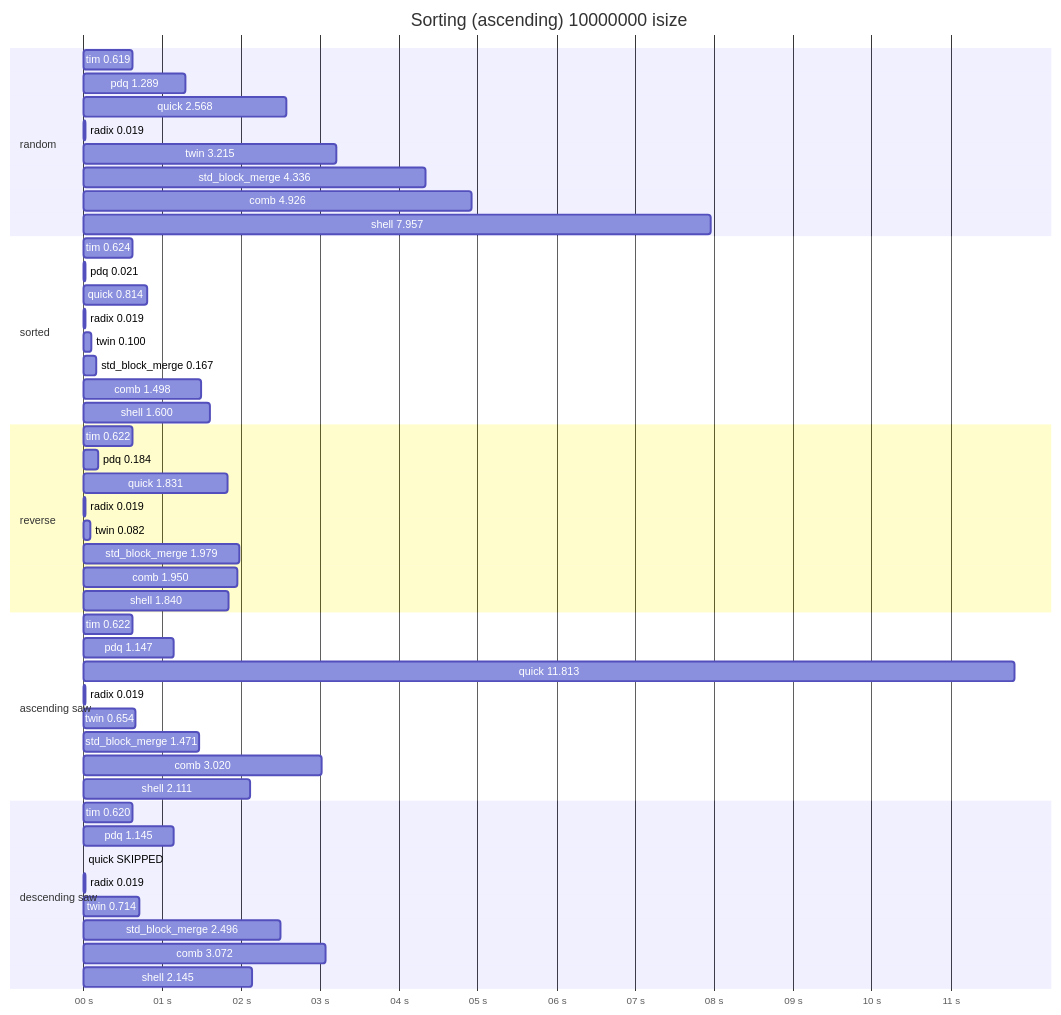
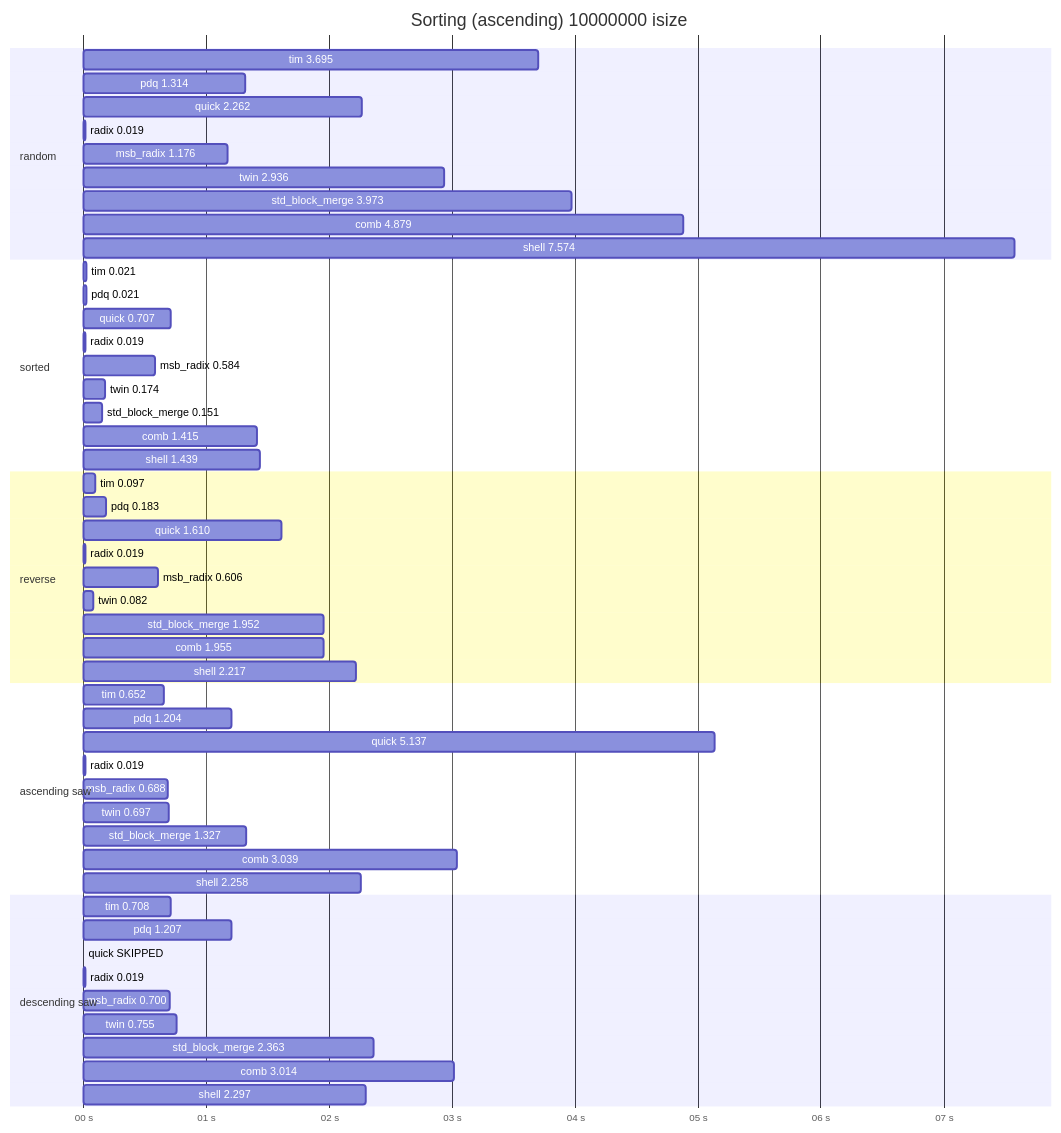
The second of 4 diagrams in README.md (alichraghi/zort), drawn with Mermaid before and after one commit. The commit also changed other lines of this file, not shown here.

````diff
--- a/README.md
+++ b/README.md
@@ -94,51 +99,56 @@
 ```mermaid
 gantt
     title Sorting (ascending) 10000000 isize
     dateFormat x
     axisFormat %S s
     section random
-    tim 0.619: 0,619
-    pdq 1.289: 0,1289
-    quick 2.568: 0,2568
+    tim 3.695: 0,3697
+    pdq 1.314: 0,1314
+    quick 2.262: 0,2262
     radix 0.019: 0,19
-    twin 3.215: 0,3214
-    std_block_merge 4.336: 0,4335
-    comb 4.926: 0,4924
-    shell 7.957: 0,7956
+    msb_radix 1.176: 0,1176
+    twin 2.936: 0,2936
+    std_block_merge 3.973: 0,3973
+    comb 4.879: 0,4880
+    shell 7.574: 0,7576
     section sorted
-    tim 0.624: 0,624
+    tim 0.021: 0,21
     pdq 0.021: 0,21
-    quick 0.814: 0,814
+    quick 0.707: 0,707
     radix 0.019: 0,19
-    twin 0.100: 0,100
-    std_block_merge 0.167: 0,167
-    comb 1.498: 0,1498
-    shell 1.600: 0,1600
+    msb_radix 0.584: 0,584
+    twin 0.174: 0,174
+    std_block_merge 0.151: 0,151
+    comb 1.415: 0,1415
+    shell 1.439: 0,1439
     section reverse
-    tim 0.622: 0,622
-    pdq 0.184: 0,184
-    quick 1.831: 0,1831
+    tim 0.097: 0,97
+    pdq 0.183: 0,183
+    quick 1.610: 0,1610
     radix 0.019: 0,19
+    msb_radix 0.606: 0,606
     twin 0.082: 0,82
-    std_block_merge 1.979: 0,1979
-    comb 1.950: 0,1950
-    shell 1.840: 0,1840
+    std_block_merge 1.952: 0,1952
+    comb 1.955: 0,1955
+    shell 2.217: 0,2216
     section ascending saw
-    tim 0.622: 0,622
-    pdq 1.147: 0,1147
-    quick 11.813: 0,11813
+    tim 0.652: 0,652
+    pdq 1.204: 0,1204
+    quick 5.137: 0,5135
     radix 0.019: 0,19
-    twin 0.654: 0,654
-    std_block_merge 1.471: 0,1471
-    comb 3.020: 0,3019
-    shell 2.111: 0,2113
+    msb_radix 0.688: 0,688
+    twin 0.697: 0,697
+    std_block_merge 1.327: 0,1327
+    comb 3.039: 0,3039
+    shell 2.258: 0,2258
     section descending saw
-    tim 0.620: 0,620
-    pdq 1.145: 0,1145
+    tim 0.708: 0,708
+    pdq 1.207: 0,1207
     quick SKIPPED: 0
     radix 0.019: 0,19
-    twin 0.714: 0,714
-    std_block_merge 2.496: 0,2496
-    comb 3.072: 0,3072
-    shell 2.145: 0,2143
+    msb_radix 0.700: 0,700
+    twin 0.755: 0,755
+    std_block_merge 2.363: 0,2363
+    comb 3.014: 0,3014
+    shell 2.297: 0,2297
 ```
````
